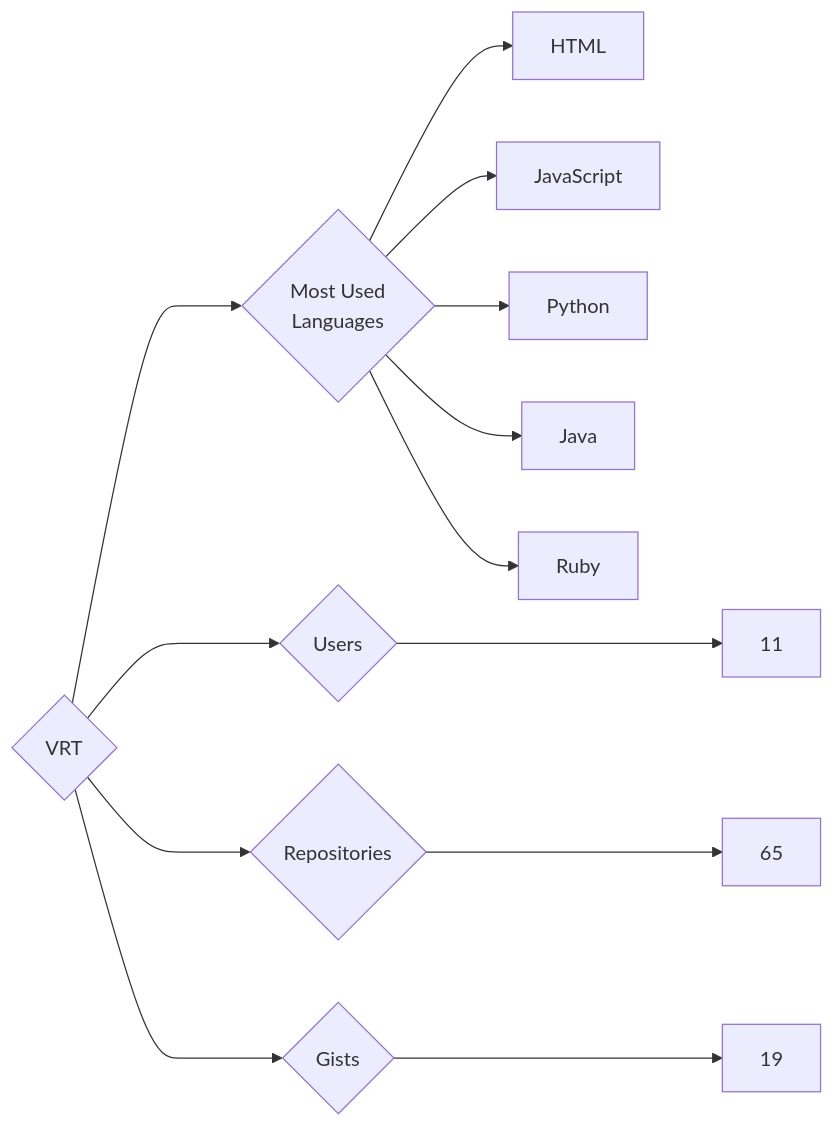
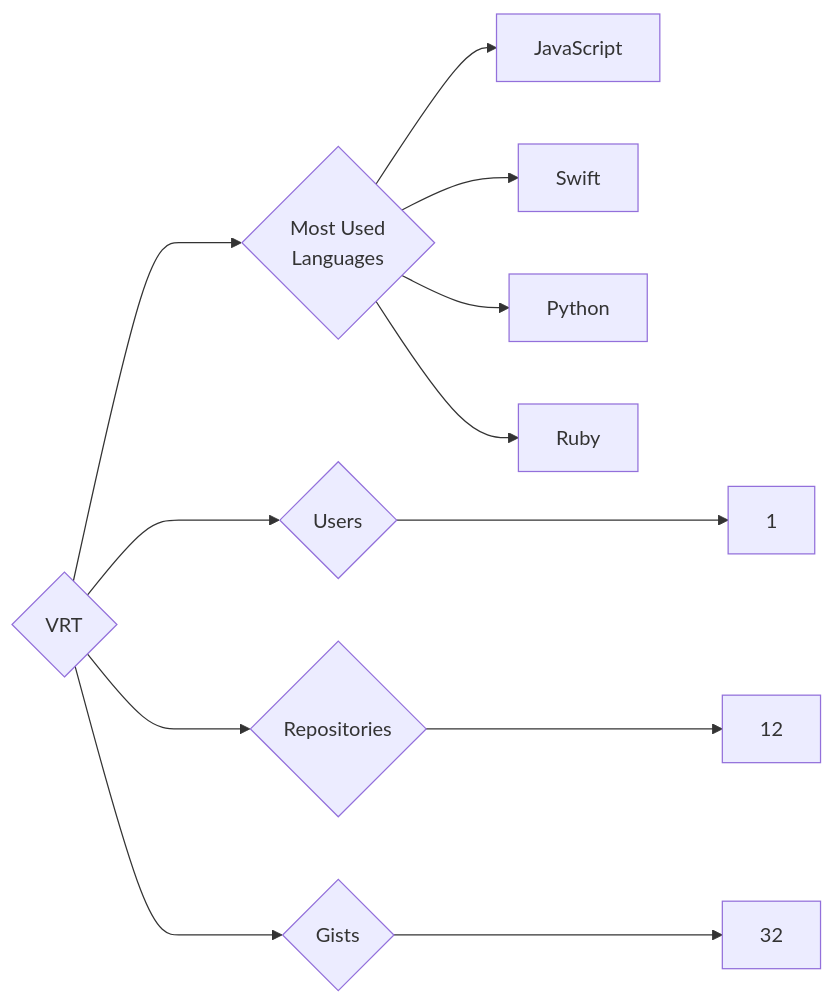
Before and after one commit to trickest/insiders: the diagram in targets/VRT/README.md, drawn with Mermaid. The commit also changed 895 other files, not shown here.

````diff
--- a/targets/VRT/README.md
+++ b/targets/VRT/README.md
@@ -3,13 +3,12 @@
 ```mermaid
 graph LR
 COMPANY_NAME{VRT}
-COMPANY_NAME ---> U{Users} ---> UN[11]
-COMPANY_NAME ---> R{Repositories} ---> RN[65]
-COMPANY_NAME ---> G{Gists} ---> GN[19]
+COMPANY_NAME ---> U{Users} ---> UN[1]
+COMPANY_NAME ---> R{Repositories} ---> RN[12]
+COMPANY_NAME ---> G{Gists} ---> GN[32]
 COMPANY_NAME ---> ML{Most Used<br>Languages}
-ML --> HTML[HTML]
 ML --> JavaScript[JavaScript]
+ML --> Swift[Swift]
 ML --> Python[Python]
-ML --> Java[Java]
 ML --> Ruby[Ruby]
 ```
````
